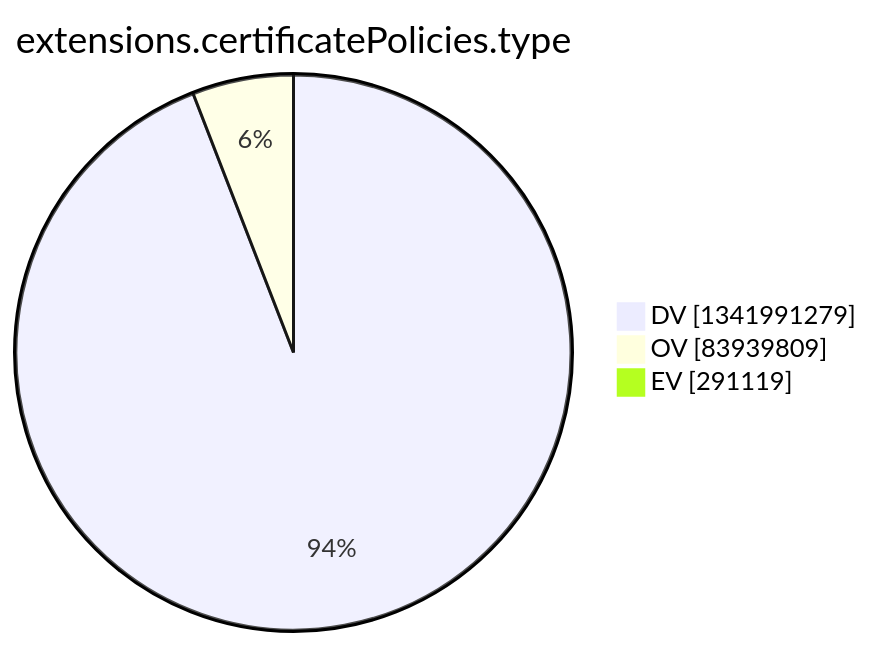
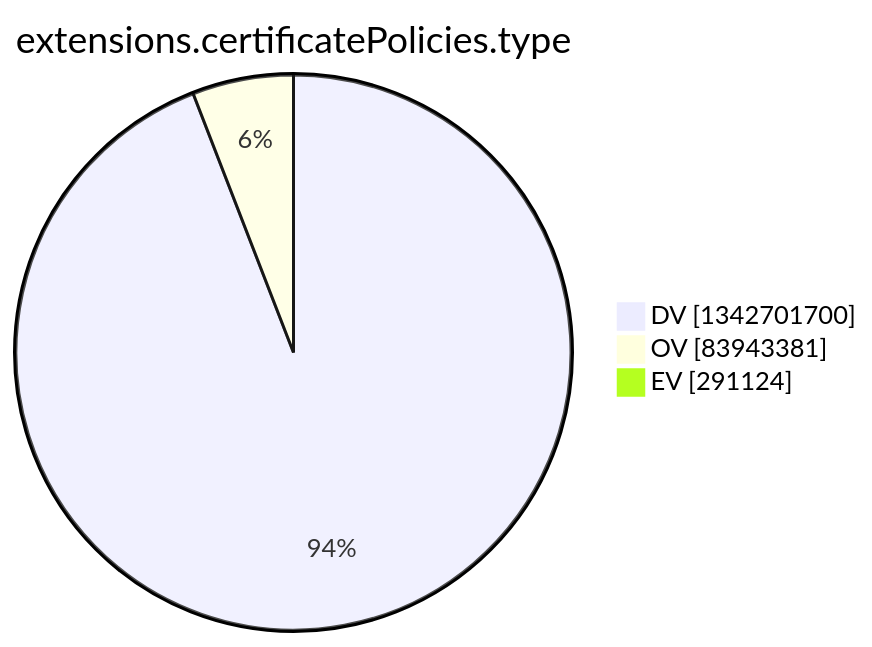
One commit to christiankrug/ctmonitor_visualization changed the tenth of 15 diagrams in argon2022/README.md. Above: the diagram before and after it, drawn with Mermaid. The commit also changed other lines of this file, not shown here.

````diff
--- a/argon2022/README.md
+++ b/argon2022/README.md
@@ -2773,7 +2773,7 @@
 ```mermaid
 pie showData
 title extensions.certificatePolicies.type
-"DV" :1341991279
-"OV" :83939809
-"EV" :291119
+"DV" :1342701700
+"OV" :83943381
+"EV" :291124
 ```
````
